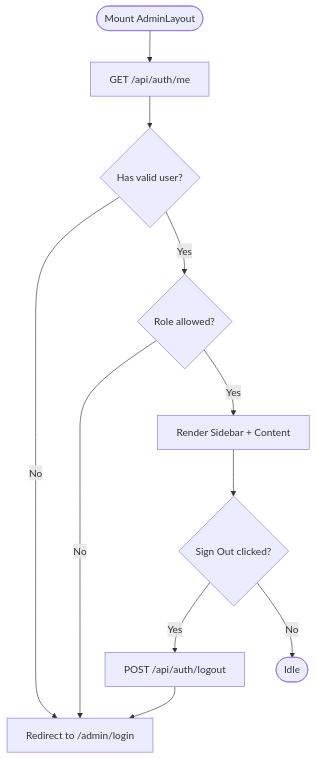
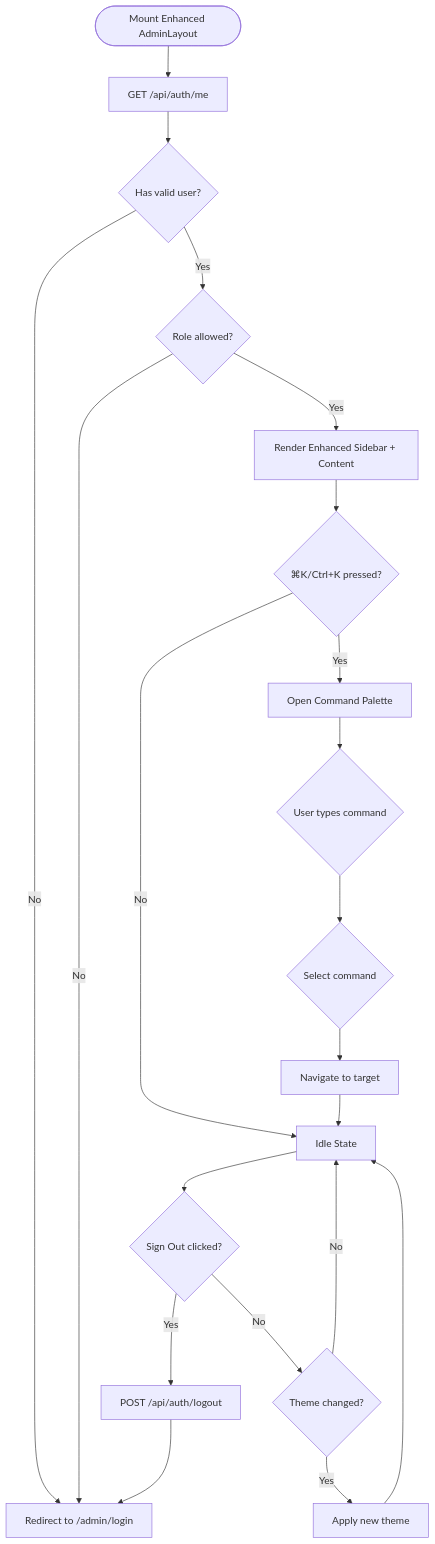
Before and after one commit to ObeyMuchechesi/TicketFlow: the third of 10 diagrams in .qoder/repowiki/en/content/Admin Dashboard/Admin Dashboard.md, drawn with Mermaid. The commit also changed other lines of this file and 12 other files, not shown here.

First line of the commit message:
docs: EcoCash schema columns and project documentation refresh

````diff
--- a/.qoder/repowiki/en/content/Admin Dashboard/Admin Dashboard.md
+++ b/.qoder/repowiki/en/content/Admin Dashboard/Admin Dashboard.md
@@ -154,13 +177,23 @@
 ```mermaid
 flowchart TD
-Start(["Mount AdminLayout"]) --> FetchMe["GET /api/auth/me"]
+Start(["Mount Enhanced AdminLayout"]) --> FetchMe["GET /api/auth/me"]
 FetchMe --> HasUser{"Has valid user?"}
 HasUser --> |No| Redirect["Redirect to /admin/login"]
 HasUser --> |Yes| CheckRole{"Role allowed?"}
 CheckRole --> |No| Redirect
-CheckRole --> |Yes| Render["Render Sidebar + Content"]
-Render --> LogoutClick{"Sign Out clicked?"}
+CheckRole --> |Yes| Render["Render Enhanced Sidebar + Content"]
+Render --> KeyCombo{"⌘K/Ctrl+K pressed?"}
+KeyCombo --> |Yes| OpenCmd["Open Command Palette"]
+KeyCombo --> |No| Idle["Idle State"]
+OpenCmd --> CmdSearch{"User types command"}
+CmdSearch --> CmdNavigate{"Select command"}
+CmdNavigate --> Navigate["Navigate to target"]
+Navigate --> Idle
+Idle --> LogoutClick{"Sign Out clicked?"}
 LogoutClick --> |Yes| CallLogout["POST /api/auth/logout"]
 CallLogout --> Redirect
-LogoutClick --> |No| End(["Idle"])
+LogoutClick --> |No| ThemeChange{"Theme changed?"}
+ThemeChange --> |Yes| ApplyTheme["Apply new theme"]
+ApplyTheme --> Idle
+ThemeChange --> |No| Idle
 ```
````
